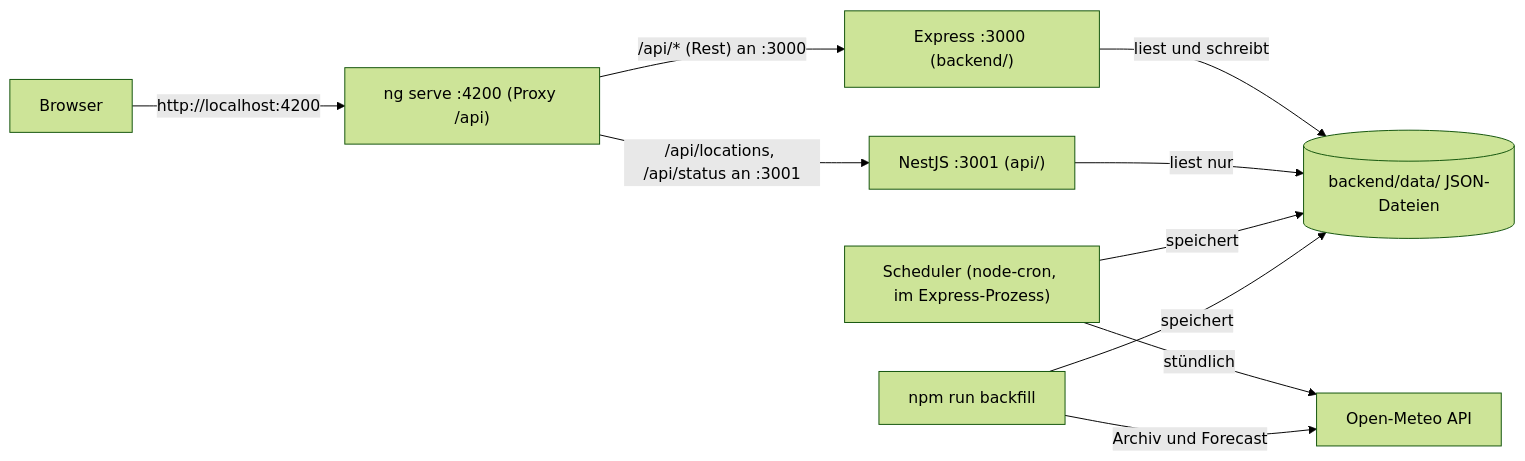
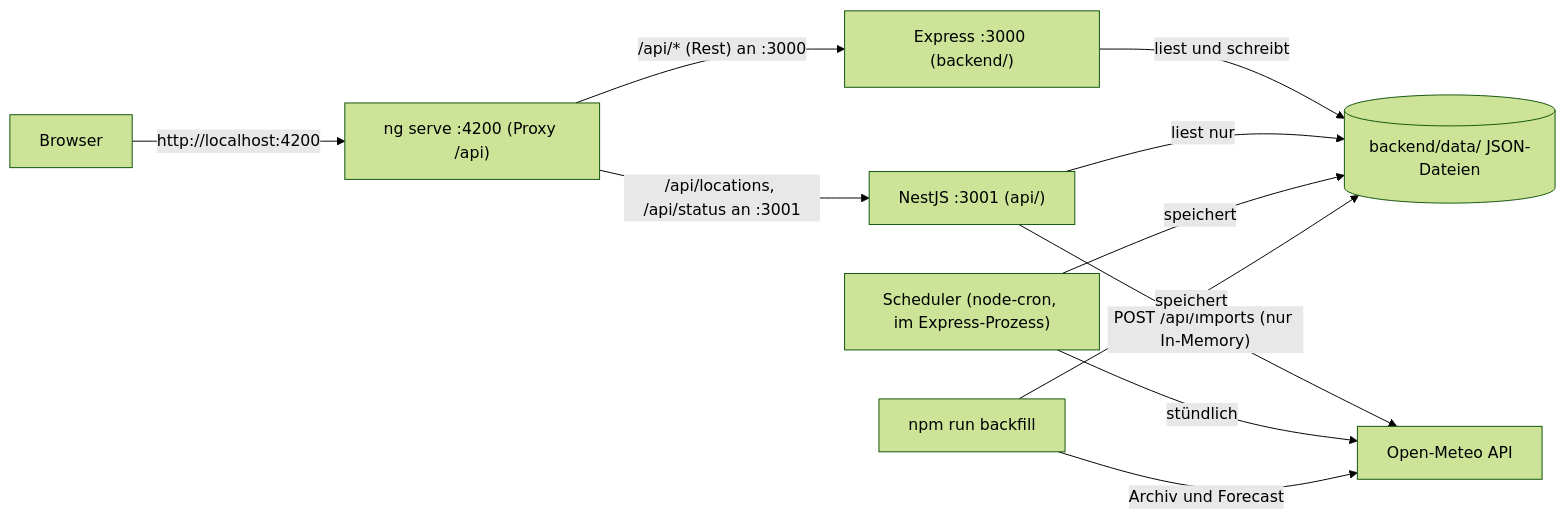
One commit to skyjanni278-netizen/Wetter-Dashboard changed the diagram in docs/PROJEKTDOKU.md. Above: the diagram before and after it, drawn with Mermaid (forest theme). The commit also changed other lines of this file and 42 other files, not shown here.

First line of the commit message:
feat: Services, DI-Stores, Open-Meteo-Client und POST /api/imports (Schritt 3)

````diff
--- a/docs/PROJEKTDOKU.md
+++ b/docs/PROJEKTDOKU.md
@@ -15,12 +15,13 @@
 ```mermaid
 flowchart LR
   Browser["Browser"] -->|"http://localhost:4200"| NgServe["ng serve :4200 (Proxy /api)"]
   NgServe -->|"/api/* (Rest) an :3000"| Express["Express :3000 (backend/)"]
   NgServe -->|"/api/locations, /api/status an :3001"| Nest["NestJS :3001 (api/)"]
   Express -->|"liest und schreibt"| Json[("backend/data/ JSON-Dateien")]
   Nest -->|"liest nur"| Json
+  Nest -->|"POST /api/imports (nur In-Memory)"| OpenMeteo
   Scheduler["Scheduler (node-cron, im Express-Prozess)"] -->|"stündlich"| OpenMeteo["Open-Meteo API"]
   Scheduler -->|"speichert"| Json
   Backfill["npm run backfill"] -->|"Archiv und Forecast"| OpenMeteo
   Backfill -->|"speichert"| Json
 ```
````
